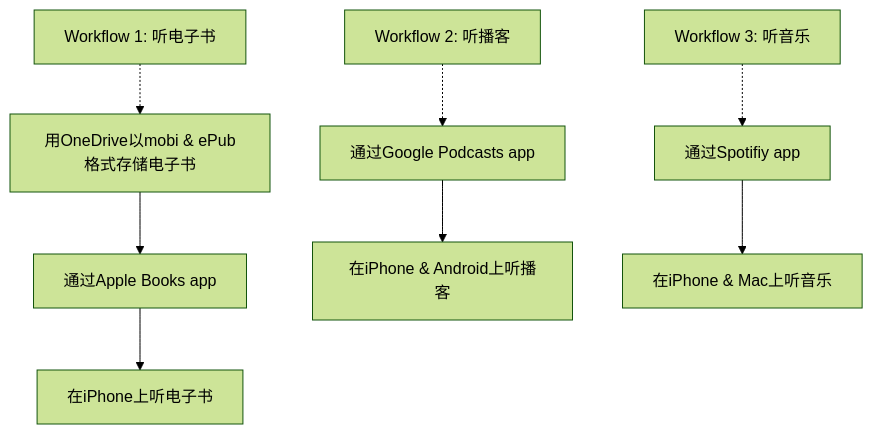
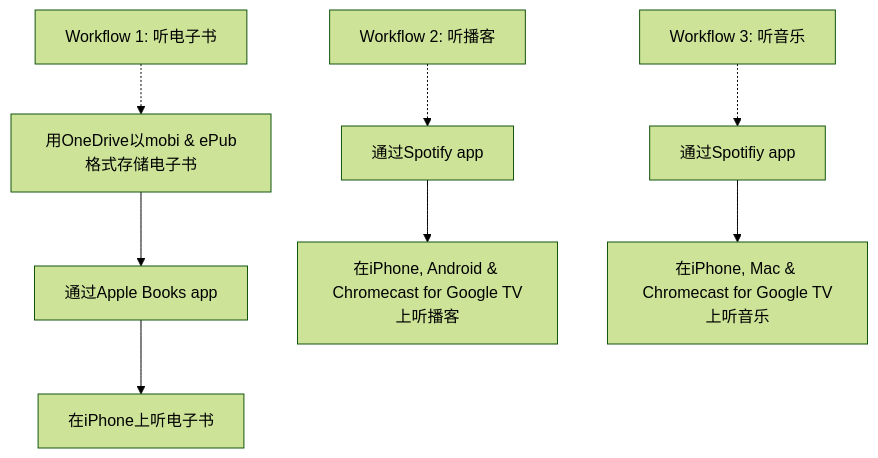
Before and after one commit to goooooouwa/writings: the diagram in _posts/productivity/2021-04-22-listening-setup.md, drawn with Mermaid (forest theme).

````diff
--- a/_posts/productivity/2021-04-22-listening-setup.md
+++ b/_posts/productivity/2021-04-22-listening-setup.md
@@ -10,17 +10,17 @@
 ```mermaid
     graph TD
     T1[Workflow 1: 听电子书] -.-> A
 
     A[用OneDrive以mobi & ePub格式存储电子书]
     A --> F[通过Apple Books app]
     F --> C[在iPhone上听电子书]
 
     T2[Workflow 2: 听播客] -.-> E
 
-    E[通过Google Podcasts app]
-    E --> I[在iPhone & Android上听播客]
+    E[通过Spotify app]
+    E --> I[在iPhone, Android & Chromecast for Google TV上听播客]
 
     T3[Workflow 3: 听音乐] -.-> G
     G[通过Spotifiy app]
-    G --> H[在iPhone & Mac上听音乐]
+    G --> H[在iPhone, Mac & Chromecast for Google TV上听音乐]
 ```
````
